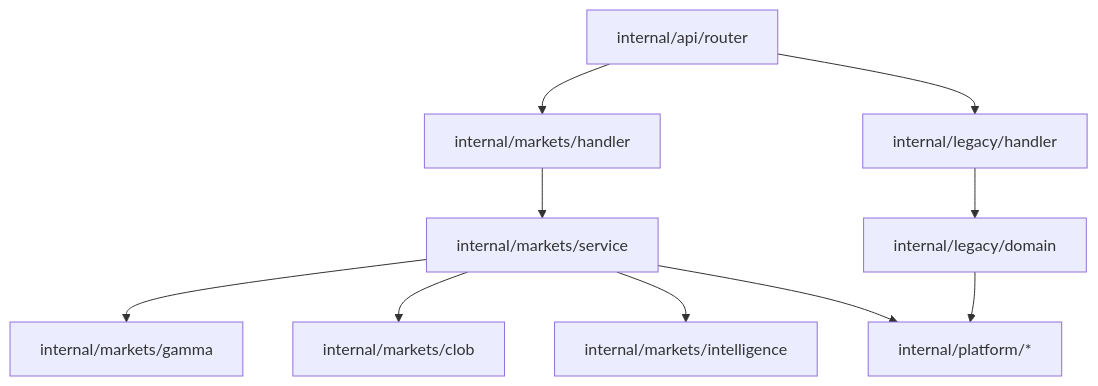
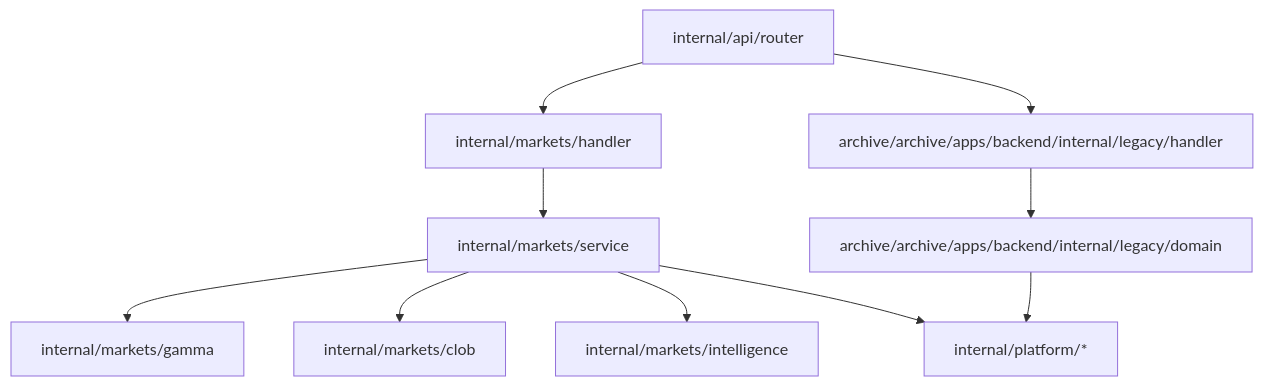
Before and after one commit to RetroPick/monorepo-base: the third of 7 diagrams in .dev/markets-v1/architecture/TARGET_MONOREPO_ARCHITECTURE.md, drawn with Mermaid. The commit also changed other lines of this file and 395 other files, not shown here.

````diff
--- a/.dev/markets-v1/architecture/TARGET_MONOREPO_ARCHITECTURE.md
+++ b/.dev/markets-v1/architecture/TARGET_MONOREPO_ARCHITECTURE.md
@@ -277,12 +277,12 @@
 ```mermaid
 flowchart TB
     Router[internal/api/router] --> MH[internal/markets/handler]
-    Router --> LH[internal/legacy/handler]
+    Router --> LH[archive/archive/apps/backend/internal/legacy/handler]
     MH --> MS[internal/markets/service]
     MS --> MG[internal/markets/gamma]
     MS --> MC[internal/markets/clob]
     MS --> MI[internal/markets/intelligence]
-    LH --> LD[internal/legacy/domain]
+    LH --> LD[archive/archive/apps/backend/internal/legacy/domain]
     MS --> PL[internal/platform/*]
     LD --> PL
 ```
````
